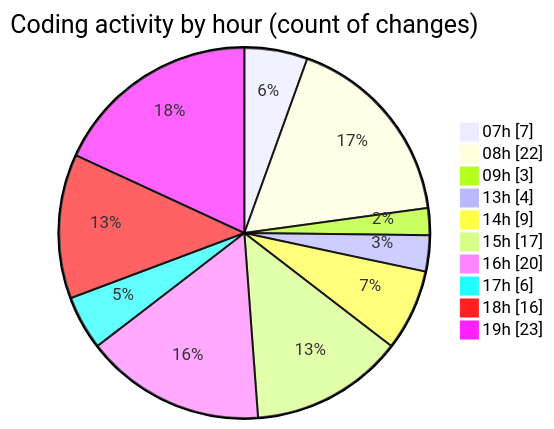
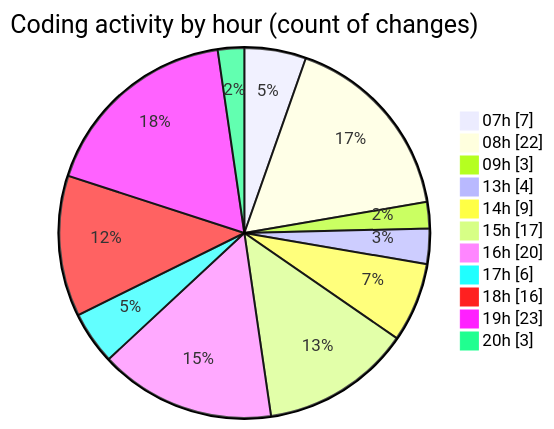
One commit to Elitesun/code-tracking changed the second of 2 diagrams in 2025-05-04/niten/README.md. Above: the diagram before and after it, drawn with Mermaid. The commit also changed other lines of this file and 1 other file, not shown here.

````diff
--- a/2025-05-04/niten/README.md
+++ b/2025-05-04/niten/README.md
@@ -62,14 +62,15 @@
 ```mermaid
 pie showData
 title Coding activity by hour (count of changes)
 "07h" : 7
 "08h" : 22
 "09h" : 3
 "13h" : 4
 "14h" : 9
 "15h" : 17
 "16h" : 20
 "17h" : 6
 "18h" : 16
 "19h" : 23
+"20h" : 3
 ```
````
